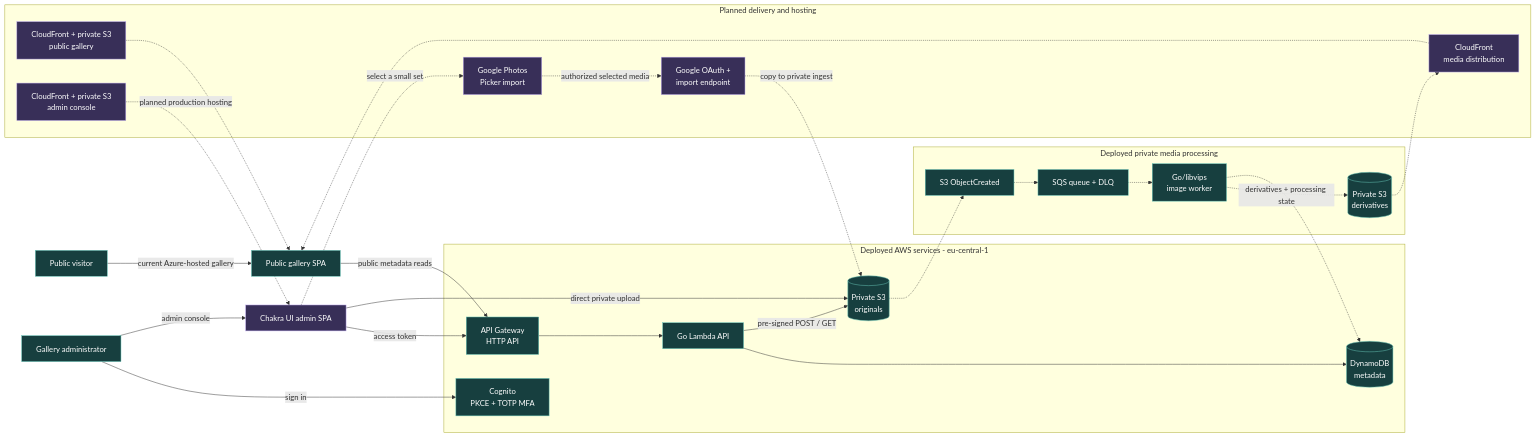
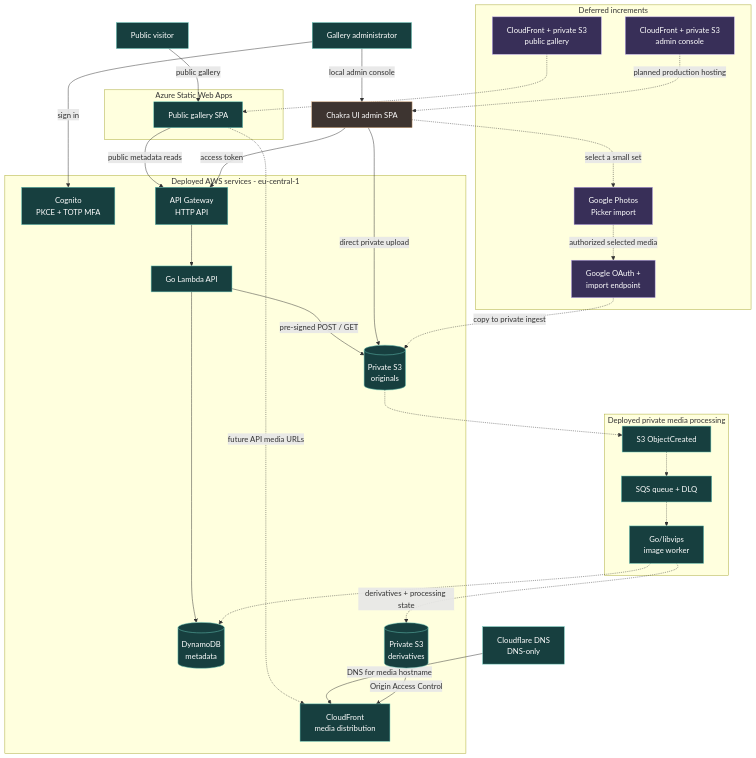
One commit to DmytroPI-dev/photo-portfolio changed the diagram in README.md. Above: the diagram before and after it, drawn with Mermaid. The commit also changed other lines of this file and 2 other files, not shown here.

````diff
--- a/README.md
+++ b/README.md
@@ -44,56 +48,64 @@
 ```mermaid
-flowchart LR
+flowchart TD
   visitor[Public visitor]
   admin[Gallery administrator]
+  cloudflare[Cloudflare DNS<br/>DNS-only]
+
+  subgraph azure[Azure Static Web Apps]
+    gallery[Public gallery SPA]
+  end
 
   subgraph current[Deployed AWS services - eu-central-1]
     cognito[Cognito<br/>PKCE + TOTP MFA]
     api[API Gateway<br/>HTTP API]
     lambda[Go Lambda API]
     metadata[(DynamoDB<br/>metadata)]
     originals[(Private S3<br/>originals)]
+    media[CloudFront<br/>media distribution]
+    derivatives[(Private S3<br/>derivatives)]
   end
 
   subgraph deployedMedia[Deployed private media processing]
     uploads[S3 ObjectCreated]
     queue[SQS queue + DLQ]
     worker[Go/libvips<br/>image worker]
-    derivatives[(Private S3<br/>derivatives)]
   end
 
-  subgraph planned[Planned delivery and hosting]
+  subgraph planned[Deferred increments]
     google[Google Photos<br/>Picker import]
     importer[Google OAuth +<br/>import endpoint]
-    media[CloudFront<br/>media distribution]
     galleryHost[CloudFront + private S3<br/>public gallery]
     adminHost[CloudFront + private S3<br/>admin console]
   end
 
-  visitor -->|current Azure-hosted gallery| gallery[Public gallery SPA]
+  visitor -->|public gallery| gallery
   gallery -->|public metadata reads| api
+  gallery -.->|future API media URLs| media
+  cloudflare -->|DNS for media hostname| media
   admin -->|sign in| cognito
-  admin -->|admin console| adminApp[Chakra UI admin SPA]
+  admin -->|local admin console| adminApp[Chakra UI admin SPA]
   adminHost -.->|planned production hosting| adminApp
   adminApp -->|access token| api
   api --> lambda
   lambda --> metadata
   lambda -->|pre-signed POST / GET| originals
   adminApp -->|direct private upload| originals
   adminApp -.->|select a small set| google
   google -.->|authorized selected media| importer
   importer -.->|copy to private ingest| originals
 
   originals -.-> uploads
   uploads -.-> queue
   queue -.-> worker
   worker -.->|derivatives + processing state| derivatives
   worker -.-> metadata
-  derivatives -.-> media
-  media -.-> gallery
+  derivatives -->|Origin Access Control| media
   galleryHost -.-> gallery
 
   classDef deployed fill:#173f3f,stroke:#67c6b8,color:#ffffff;
   classDef planned fill:#382f58,stroke:#bba8ec,color:#ffffff;
-  class visitor,admin,gallery,cognito,api,lambda,metadata,originals,uploads,queue,worker,derivatives deployed;
-  class media,galleryHost,adminHost,adminApp,google,importer planned;
+  classDef local fill:#3d3430,stroke:#d2a679,color:#ffffff;
+  class visitor,admin,gallery,cloudflare,cognito,api,lambda,metadata,originals,media,derivatives,uploads,queue,worker deployed;
+  class adminApp local;
+  class galleryHost,adminHost,google,importer planned;
 ```
````
